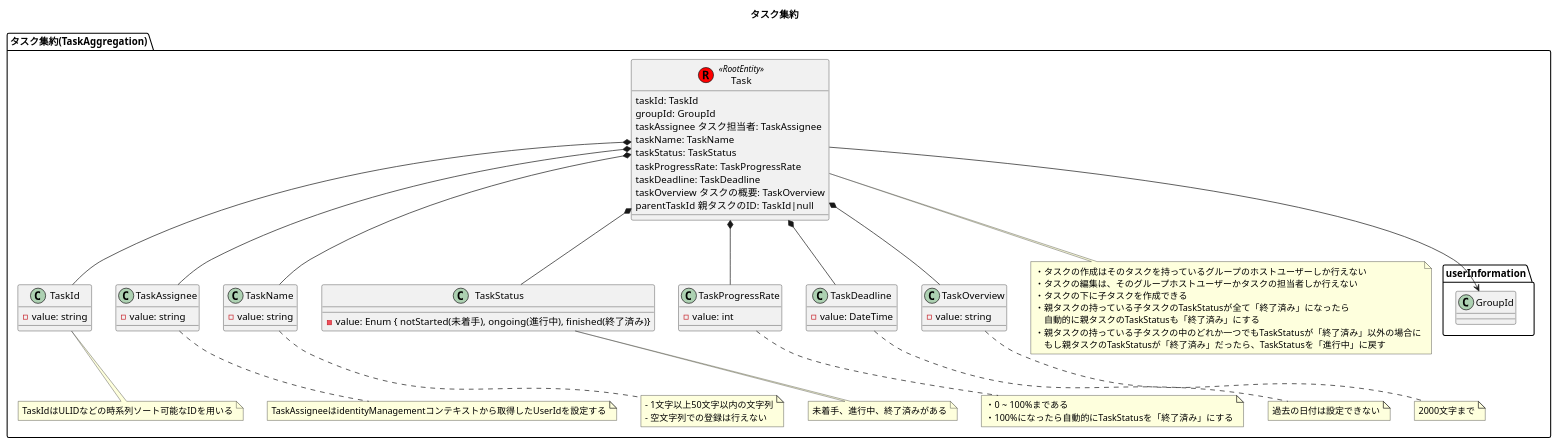
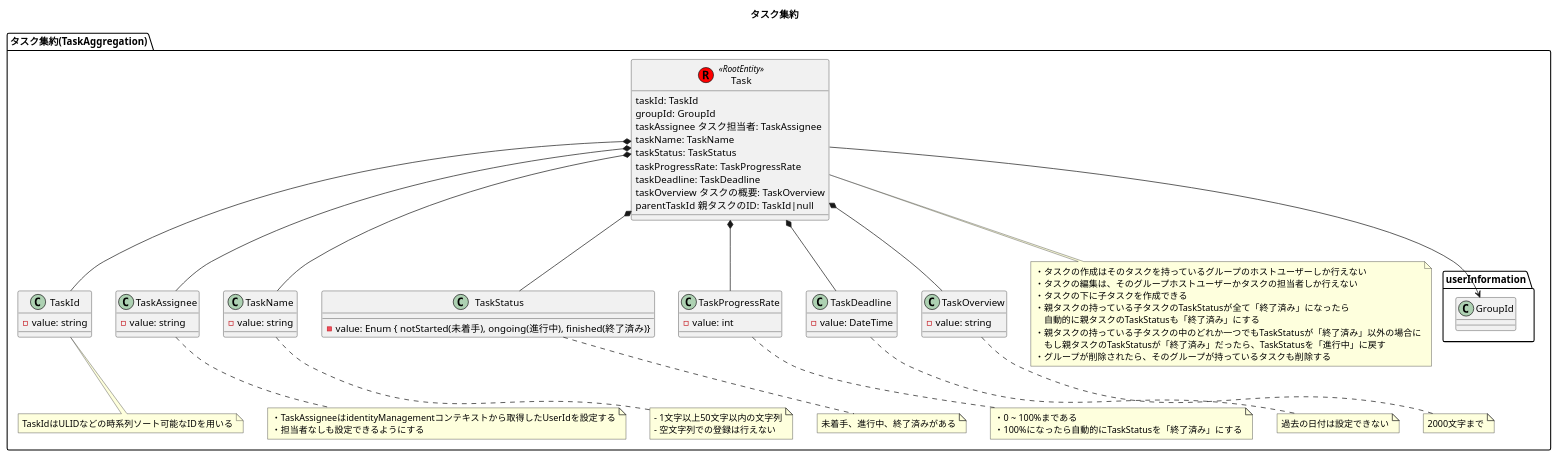
Before and after one commit to h-maki2/taskManagement: the diagram in modelingDiagram/domainModelDiagram/タスク.pu, drawn with PlantUML. The commit also changed 1 other file, not shown here.

Commit message:
ER図を作成

```diff
--- a/modelingDiagram/domainModelDiagram/タスク.pu
+++ b/modelingDiagram/domainModelDiagram/タスク.pu
@@ -1,96 +1,98 @@
 @startuml タスク集約
 
 title タスク集約
 
 package "タスク集約(TaskAggregation)" {
     class Task << (R,red) RootEntity >> {
         taskId: TaskId
         groupId: GroupId
         taskAssignee タスク担当者: TaskAssignee
         taskName: TaskName
         taskStatus: TaskStatus
         taskProgressRate: TaskProgressRate
         taskDeadline: TaskDeadline
         taskOverview タスクの概要: TaskOverview
         parentTaskId 親タスクのID: TaskId|null
     }
 
     class TaskId {
         - value: string
     }
 
     class TaskAssignee {
         - value: string
     }
 
     class TaskName {
         -value: string
     }
 
     class TaskStatus {
         - value: Enum { notStarted(未着手), ongoing(進行中), finished(終了済み)}
     }
 
     class TaskProgressRate {
         - value: int
     }
 
     class TaskDeadline {
         - value: DateTime
     }
 
     class TaskOverview {
         - value: string
     }
 
     note bottom of Task
         ・タスクの作成はそのタスクを持っているグループのホストユーザーしか行えない
         ・タスクの編集は、そのグループホストユーザーかタスクの担当者しか行えない
         ・タスクの下に子タスクを作成できる
         ・親タスクの持っている子タスクのTaskStatusが全て「終了済み」になったら
         　自動的に親タスクのTaskStatusも「終了済み」にする
         ・親タスクの持っている子タスクの中のどれか一つでもTaskStatusが「終了済み」以外の場合に
         　もし親タスクのTaskStatusが「終了済み」だったら、TaskStatusを「進行中」に戻す
+        ・グループが削除されたら、そのグループが持っているタスクも削除する
     end note
 
     note bottom of TaskId
         TaskIdはULIDなどの時系列ソート可能なIDを用いる
     end note
 
     note bottom of TaskAssignee
-        TaskAssigneeはidentityManagementコンテキストから取得したUserIdを設定する
+        ・TaskAssigneeはidentityManagementコンテキストから取得したUserIdを設定する
+        ・担当者なしも設定できるようにする
     end note
 
     note bottom of TaskName
         - 1文字以上50文字以内の文字列
         - 空文字列での登録は行えない
     end note
 
     note bottom of TaskStatus
         未着手、進行中、終了済みがある
     end note
 
     note bottom of TaskProgressRate
         ・0 ~ 100%まである
         ・100%になったら自動的にTaskStatusを「終了済み」にする
     end note
 
     note bottom of TaskDeadline
         過去の日付は設定できない
     end note
 
     note bottom of TaskOverview
         2000文字まで
     end note
 
     Task *-down- TaskId
     Task -down-> userInformation.GroupId
     Task *-down- TaskAssignee
     Task *-down- TaskName
     Task *-down- TaskStatus
     Task *-down- TaskProgressRate
     Task *-down- TaskDeadline
     Task *-down- TaskOverview
 }
 
 @enduml
```
